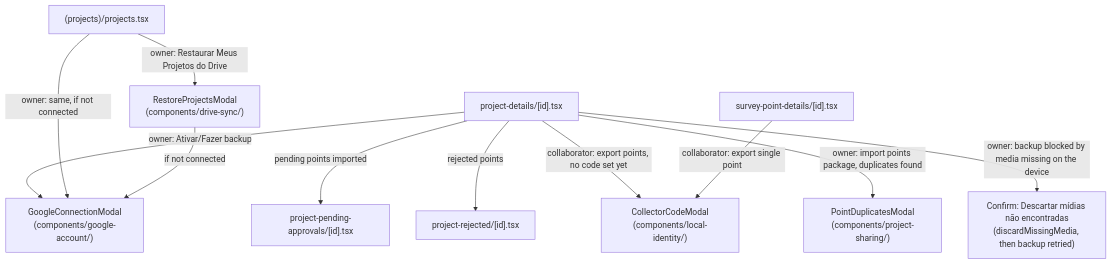
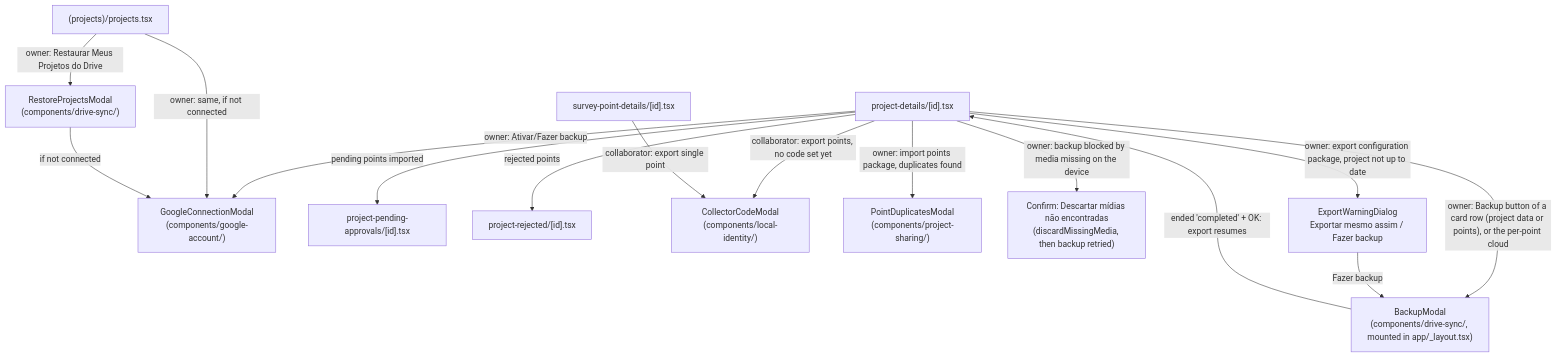
Before and after one commit to pablonvsx/nomos: the fourth of 4 diagrams in docs/09_SCREEN_FLOW.md, drawn with Mermaid. The commit also changed other lines of this file and 7 other files, not shown here.

Commit message:
docs: update backup and screen flow documentation

````diff
--- a/docs/09_SCREEN_FLOW.md
+++ b/docs/09_SCREEN_FLOW.md
@@ -71,13 +71,17 @@
 ```mermaid
 flowchart TD
     Projects["(projects)/projects.tsx"] -->|"owner: Restaurar Meus Projetos do Drive"| Restore["RestoreProjectsModal<br/>(components/drive-sync/)"]
     Details["project-details/[id].tsx"] -->|"owner: Ativar/Fazer backup"| GConnect["GoogleConnectionModal<br/>(components/google-account/)"]
     Projects -->|"owner: same, if not connected"| GConnect
     Restore -->|"if not connected"| GConnect
     Details -->|"pending points imported"| Pending["project-pending-approvals/[id].tsx"]
     Details -->|"rejected points"| Rejected["project-rejected/[id].tsx"]
     Details -->|"collaborator: export points, no code set yet"| CCode["CollectorCodeModal<br/>(components/local-identity/)"]
     PointDetails["survey-point-details/[id].tsx"] -->|"collaborator: export single point"| CCode
     Details -->|"owner: import points package, duplicates found"| Dup["PointDuplicatesModal<br/>(components/project-sharing/)"]
     Details -->|"owner: backup blocked by media missing on the device"| Discard["Confirm: Descartar mídias não encontradas<br/>(discardMissingMedia, then backup retried)"]
+    Details -->|"owner: Backup button of a card row (project data or points), or the per-point cloud"| Backup["BackupModal<br/>(components/drive-sync/, mounted in app/_layout.tsx)"]
+    Details -->|"owner: export configuration package, project not up to date"| ExportWarn["ExportWarningDialog<br/>Exportar mesmo assim / Fazer backup"]
+    ExportWarn -->|"Fazer backup"| Backup
+    Backup -->|"ended 'completed' + OK: export resumes"| Details
 ```
````
